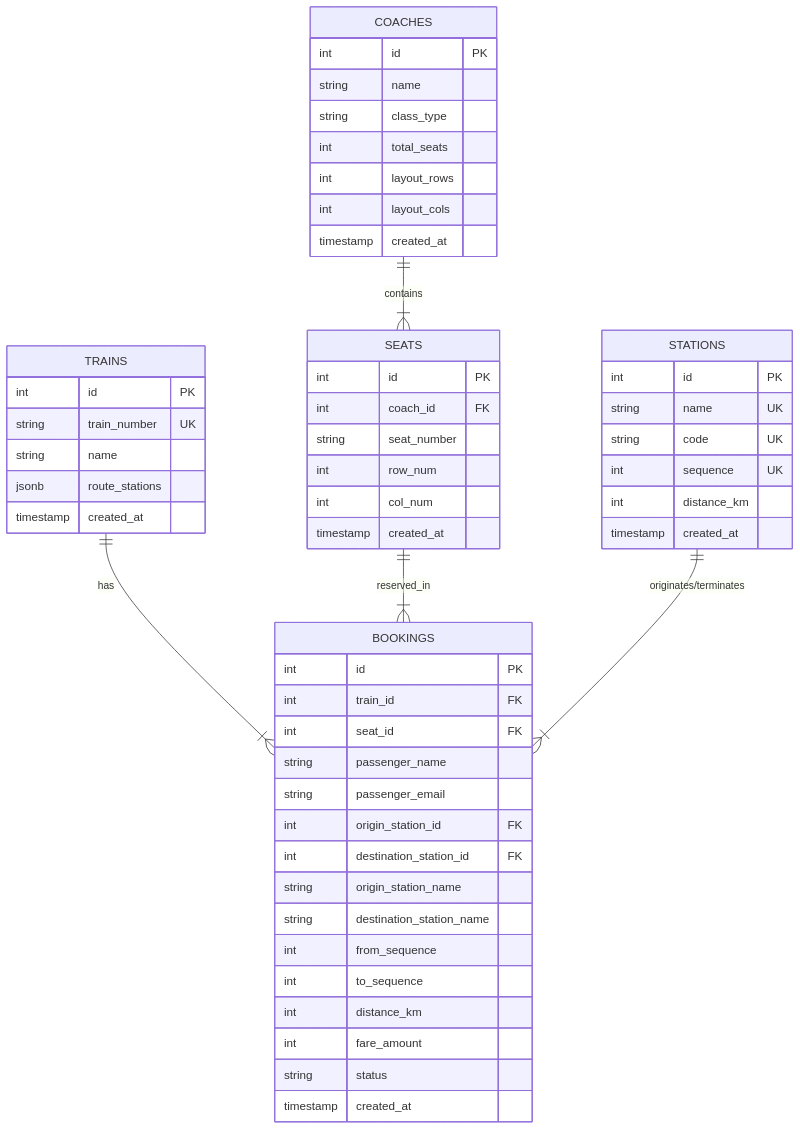
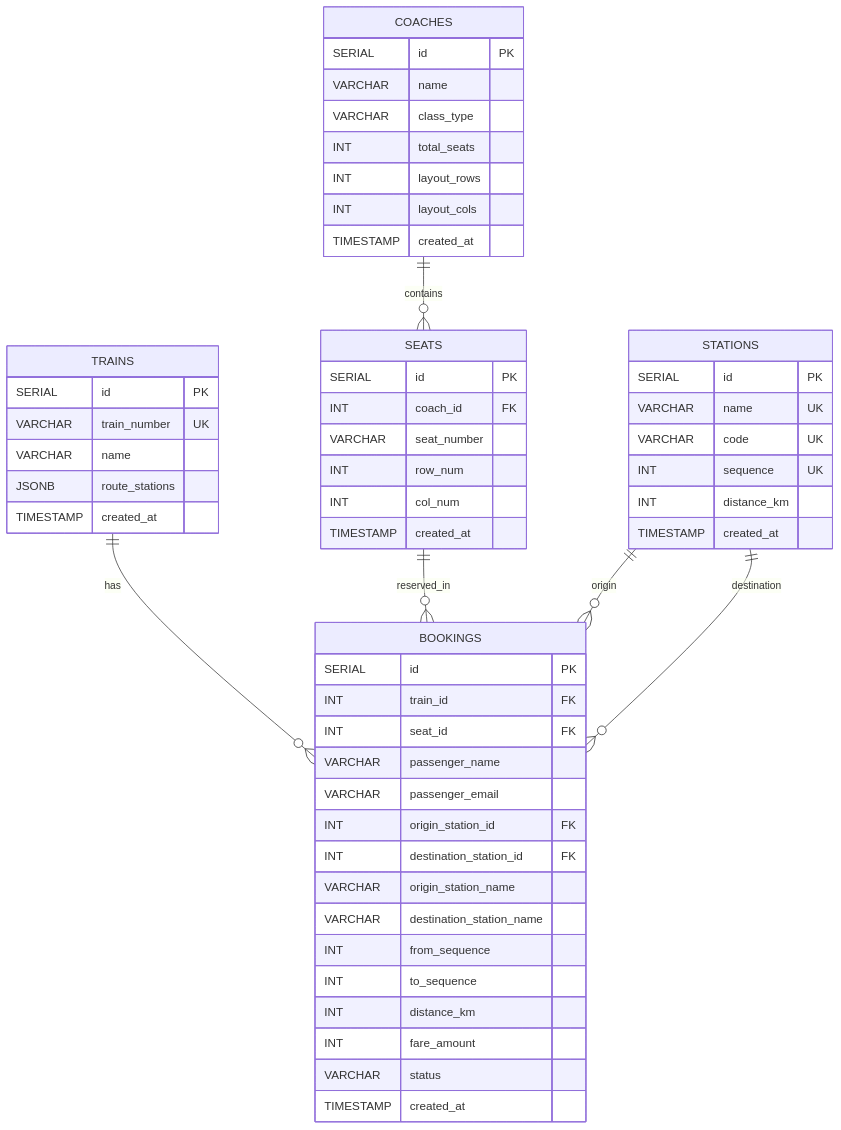
Before and after one commit to SadeepaR/train-seat-booking-system: the second of 2 diagrams in README.md, drawn with Mermaid. The commit also changed other lines of this file, not shown here.

````diff
--- a/README.md
+++ b/README.md
@@ -159,57 +175,62 @@
 ```mermaid
 erDiagram
     STATIONS {
-        int id PK
-        string name UK
-        string code UK
-        int sequence UK
-        int distance_km
-        timestamp created_at
-    }
-    COACHES {
-        int id PK
-        string name
-        string class_type
-        int total_seats
-        int layout_rows
-        int layout_cols
-        timestamp created_at
-    }
-    SEATS {
-        int id PK
-        int coach_id FK
-        string seat_number
-        int row_num
-        int col_num
-        timestamp created_at
-    }
-    TRAINS {
-        int id PK
-        string train_number UK
-        string name
-        jsonb route_stations
-        timestamp created_at
-    }
-    BOOKINGS {
-        int id PK
-        int train_id FK
-        int seat_id FK
-        string passenger_name
-        string passenger_email
-        int origin_station_id FK
-        int destination_station_id FK
-        string origin_station_name
-        string destination_station_name
-        int from_sequence
-        int to_sequence
-        int distance_km
-        int fare_amount
-        string status
-        timestamp created_at
+        SERIAL id PK
+        VARCHAR name UK
+        VARCHAR code UK
+        INT sequence UK
+        INT distance_km
+        TIMESTAMP created_at
     }
 
-    COACHES ||--|{ SEATS : "contains"
-    TRAINS ||--|{ BOOKINGS : "has"
-    SEATS ||--|{ BOOKINGS : "reserved_in"
-    STATIONS ||--|{ BOOKINGS : "originates/terminates"
+    COACHES {
+        SERIAL id PK
+        VARCHAR name
+        VARCHAR class_type
+        INT total_seats
+        INT layout_rows
+        INT layout_cols
+        TIMESTAMP created_at
+    }
+
+    SEATS {
+        SERIAL id PK
+        INT coach_id FK
+        VARCHAR seat_number
+        INT row_num
+        INT col_num
+        TIMESTAMP created_at
+    }
+
+    TRAINS {
+        SERIAL id PK
+        VARCHAR train_number UK
+        VARCHAR name
+        JSONB route_stations
+        TIMESTAMP created_at
+    }
+
+    BOOKINGS {
+        SERIAL id PK
+        INT train_id FK
+        INT seat_id FK
+        VARCHAR passenger_name
+        VARCHAR passenger_email
+        INT origin_station_id FK
+        INT destination_station_id FK
+        VARCHAR origin_station_name
+        VARCHAR destination_station_name
+        INT from_sequence
+        INT to_sequence
+        INT distance_km
+        INT fare_amount
+        VARCHAR status
+        TIMESTAMP created_at
+    }
+
+    COACHES ||--o{ SEATS : contains
+    TRAINS ||--o{ BOOKINGS : has
+    SEATS ||--o{ BOOKINGS : reserved_in
+    STATIONS ||--o{ BOOKINGS : origin
+    STATIONS ||--o{ BOOKINGS : destination
 ```
````
